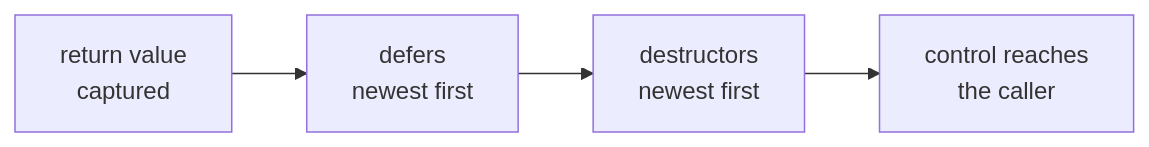
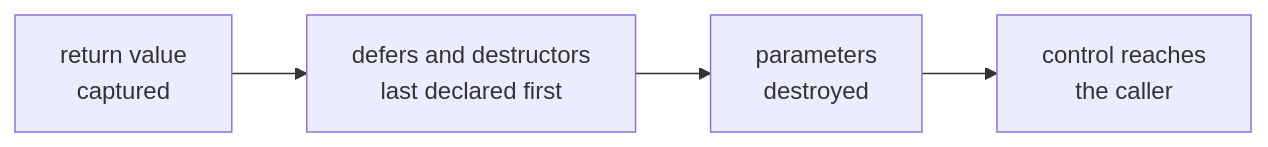
One commit to rux-lang/Web changed the diagram in content/docs/2.lang/22.ownership/4.defer.md. Above: the diagram before and after it, drawn with Mermaid. The commit also changed other lines of this file and 10 other files, not shown here.

````diff
--- a/content/docs/2.lang/22.ownership/4.defer.md
+++ b/content/docs/2.lang/22.ownership/4.defer.md
@@ -115,6 +112,6 @@
 ```mermaid
 flowchart LR
-    r["return value<br/>captured"] --> d["defers<br/>newest first"]
-    d --> x["destructors<br/>newest first"]
-    x --> c["control reaches<br/>the caller"]
+    r["return value<br/>captured"] --> s["defers and destructors<br/>last declared first"]
+    s --> p["parameters<br/>destroyed"]
+    p --> c["control reaches<br/>the caller"]
 ```
````
